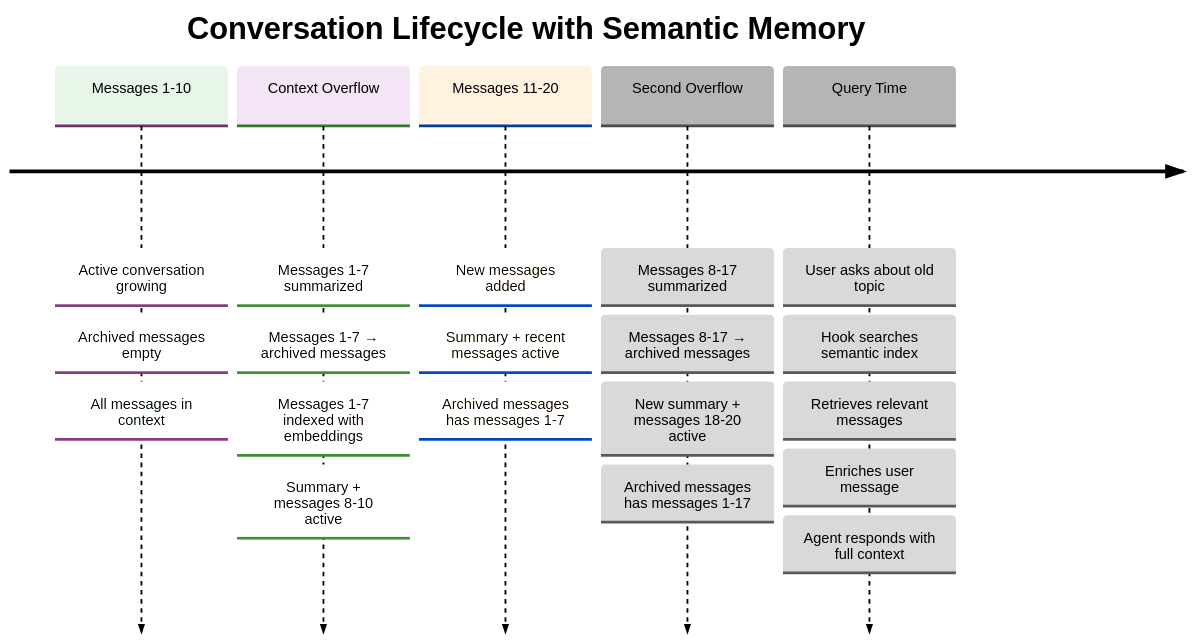
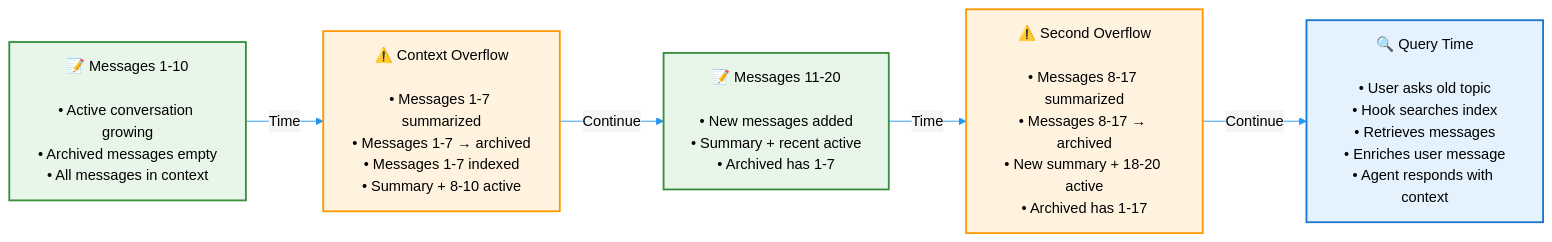
The third of 5 diagrams in README.md (danilop/strands-agents-semantic-summarizing-conversation-manager), drawn with Mermaid before and after one commit.

Commit message:
Replace grey timeline with colorful flow diagram
- Replaced Mermaid timeline (limited color support) with flow diagram
- Full color control using our consistent palette
- Green for message phases, orange for overflows, blue for queries
- Left-to-right flow shows progression through time
- No more grey areas - fully colorful and consistent with other diagrams
- Same information presented with better visual design

````diff
--- a/README.md
+++ b/README.md
@@ -253,29 +253,27 @@
 ```mermaid
-%%{init: {"theme": "base", "themeVariables": {"primaryColor": "#F5F5F5", "primaryTextColor": "#000", "primaryBorderColor": "#9E9E9E", "lineColor": "#2196F3", "secondaryColor": "#FFC107", "tertiaryColor": "#FFF3E0", "cScale0": "#E8F5E9", "cScale1": "#F3E5F5", "cScale2": "#FFF3E0"}}}%%
-timeline
-    title Conversation Lifecycle with Semantic Memory
+%%{init: {"theme": "base", "themeVariables": {"primaryColor": "#F5F5F5", "primaryTextColor": "#000", "primaryBorderColor": "#9E9E9E", "lineColor": "#2196F3"}}}%%
+graph LR
+    classDef phase1 fill:#E8F5E9,stroke:#388E3C,stroke-width:2px,color:#000
+    classDef overflow fill:#FFF3E0,stroke:#FF9800,stroke-width:2px,color:#000
+    classDef phase2 fill:#F3E5F5,stroke:#7B1FA2,stroke-width:2px,color:#000
+    classDef query fill:#E3F2FD,stroke:#1976D2,stroke-width:2px,color:#000
 
-    Messages 1-10 : Active conversation growing
-                  : Archived messages empty
-                  : All messages in context
+    M1[📝 Messages 1-10<br/><br/>• Active conversation growing<br/>• Archived messages empty<br/>• All messages in context]
 
-    Context Overflow : Messages 1-7 summarized
-                     : Messages 1-7 → archived messages
-                     : Messages 1-7 indexed with embeddings
-                     : Summary + messages 8-10 active
+    O1[⚠️ Context Overflow<br/><br/>• Messages 1-7 summarized<br/>• Messages 1-7 → archived<br/>• Messages 1-7 indexed<br/>• Summary + 8-10 active]
 
-    Messages 11-20 : New messages added
-                   : Summary + recent messages active
-                   : Archived messages has messages 1-7
+    M2[📝 Messages 11-20<br/><br/>• New messages added<br/>• Summary + recent active<br/>• Archived has 1-7]
 
-    Second Overflow : Messages 8-17 summarized
-                    : Messages 8-17 → archived messages
-                    : New summary + messages 18-20 active
-                    : Archived messages has messages 1-17
+    O2[⚠️ Second Overflow<br/><br/>• Messages 8-17 summarized<br/>• Messages 8-17 → archived<br/>• New summary + 18-20 active<br/>• Archived has 1-17]
 
-    Query Time : User asks about old topic
-               : Hook searches semantic index
-               : Retrieves relevant messages
-               : Enriches user message
-               : Agent responds with full context
+    Q[🔍 Query Time<br/><br/>• User asks old topic<br/>• Hook searches index<br/>• Retrieves messages<br/>• Enriches user message<br/>• Agent responds with context]
+
+    M1 -->|Time| O1
+    O1 -->|Continue| M2
+    M2 -->|Time| O2
+    O2 -->|Continue| Q
+
+    class M1,M2 phase1
+    class O1,O2 overflow
+    class Q query
 ```
````
